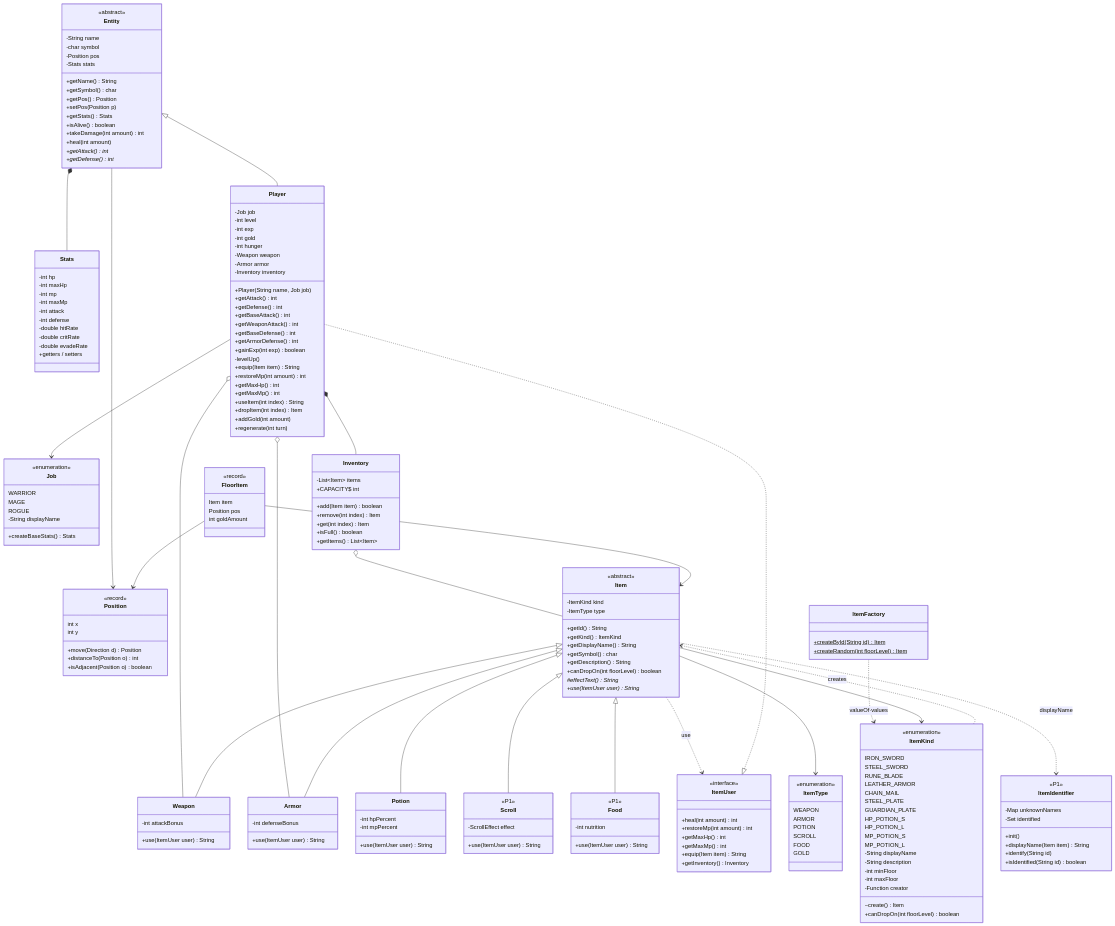
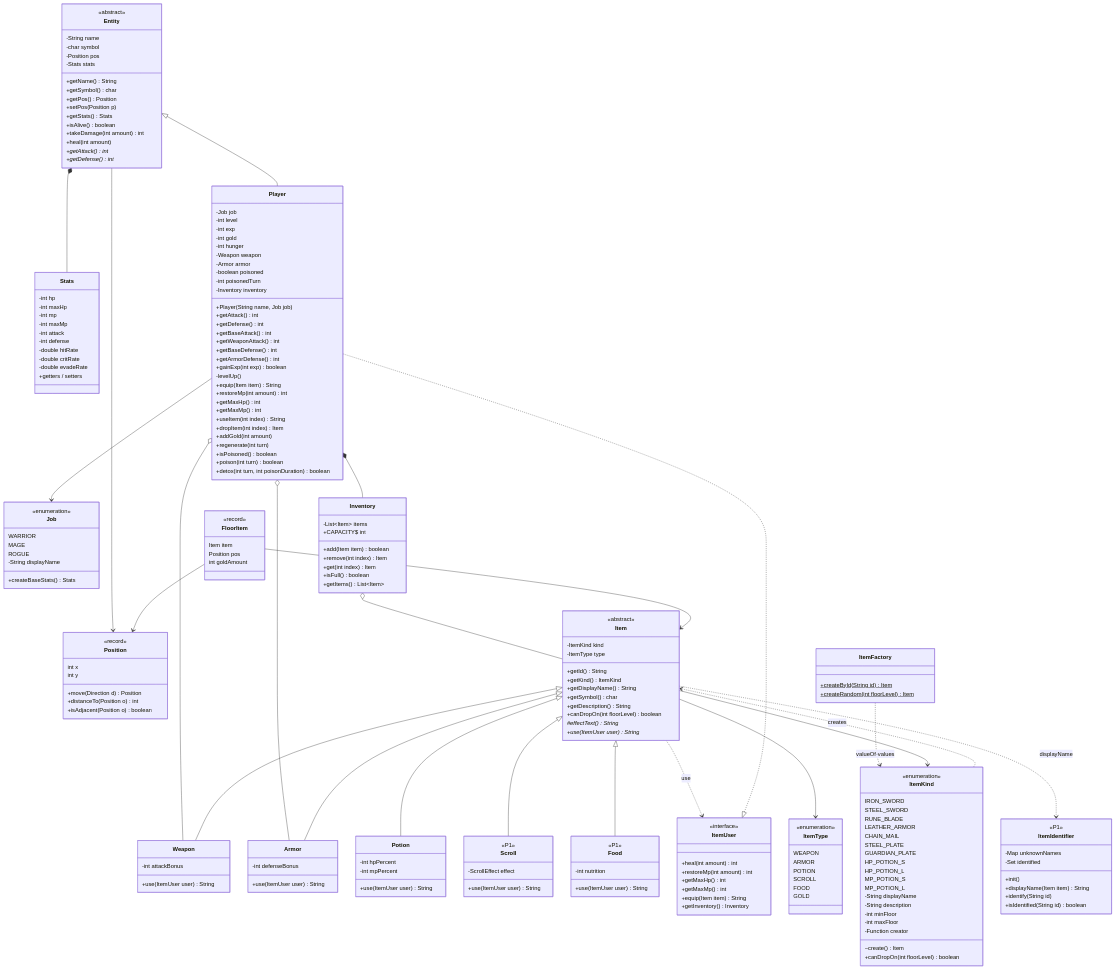
Before and after one commit to likelion-boot-camp-28th/side-project01-team01: the third of 9 diagrams in docs/Class-Diagram.md, drawn with Mermaid. The commit also changed other lines of this file and 1 other file, not shown here.

```diff
--- a/docs/Class-Diagram.md
+++ b/docs/Class-Diagram.md
@@ -290,6 +293,8 @@
         -int hunger
         -Weapon weapon
         -Armor armor
+        -boolean poisoned
+        -int poisonedTurn
         -Inventory inventory
         +Player(String name, Job job)
         +getAttack() int
@@ -308,6 +313,9 @@
         +dropItem(int index) Item
         +addGold(int amount)
         +regenerate(int turn)
+        +isPoisoned() boolean
+        +poison(int turn) boolean
+        +detox(int turn, int poisonDuration) boolean
     }
     class Job {
         <<enumeration>>
```
